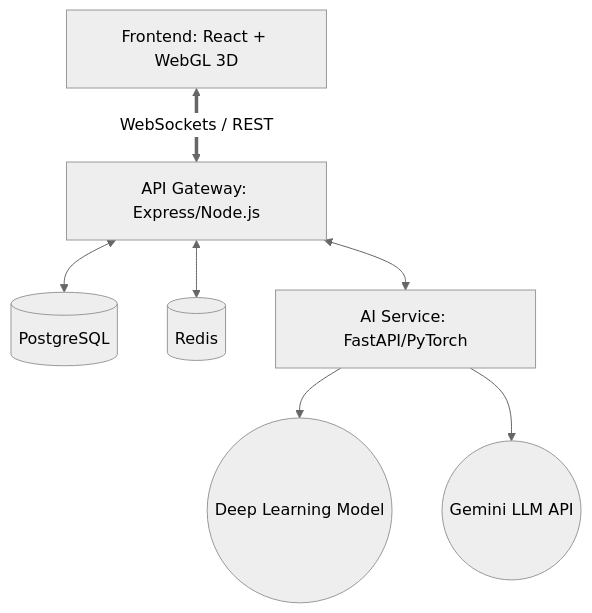
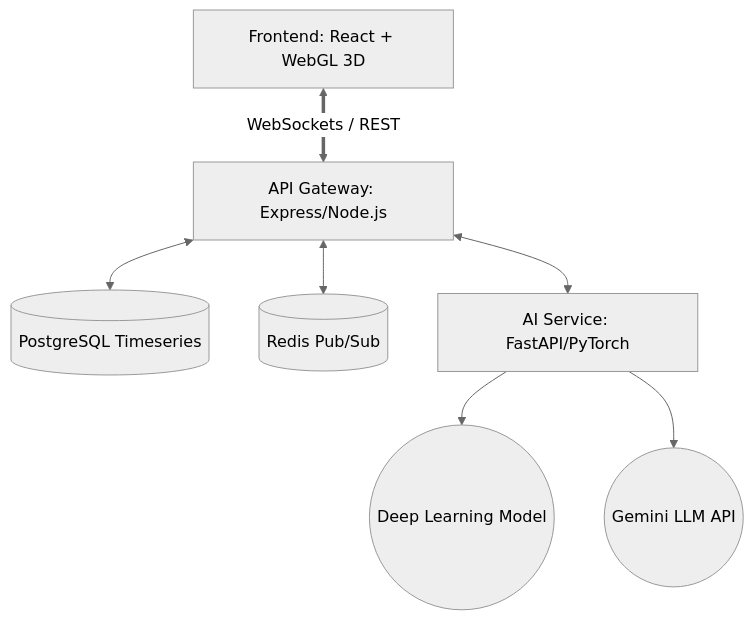
The diagram in README.md (SivaGaneshv1729/iiot-digital-twin-platform), drawn with Mermaid (neutral theme) before and after one commit. The commit also changed other lines of this file, not shown here.

````diff
--- a/README.md
+++ b/README.md
@@ -31,9 +35,9 @@
 ```mermaid
 graph TD
     UI[Frontend: React + WebGL 3D] <==>|WebSockets / REST| API[API Gateway: Express/Node.js]
-    API <--> DB[(PostgreSQL)]
-    API <--> Cache[(Redis)]
+    API <--> DB[(PostgreSQL Timeseries)]
+    API <--> Cache[(Redis Pub/Sub)]
     API <--> AI[AI Service: FastAPI/PyTorch]
     AI --> Model((Deep Learning Model))
     AI --> LLM((Gemini LLM API))
 ```
````
